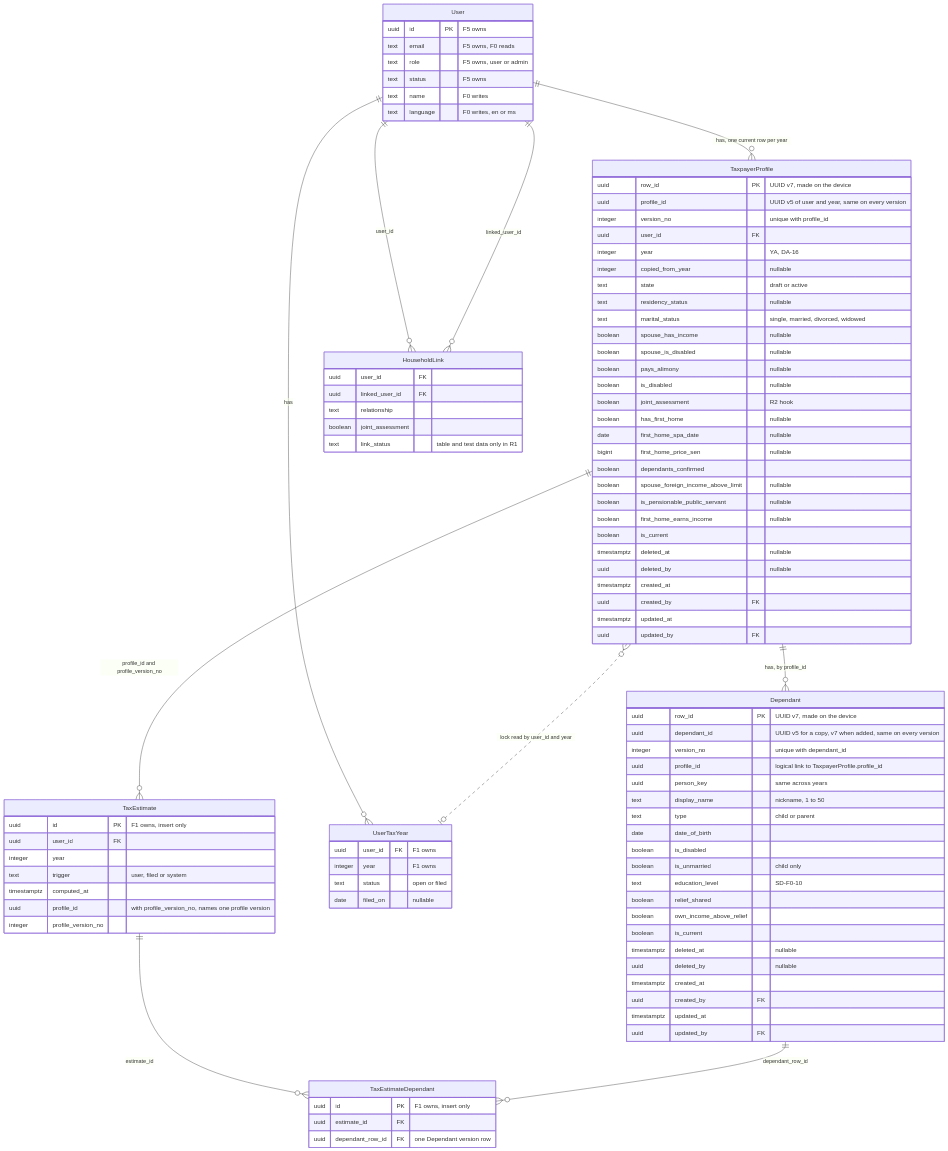
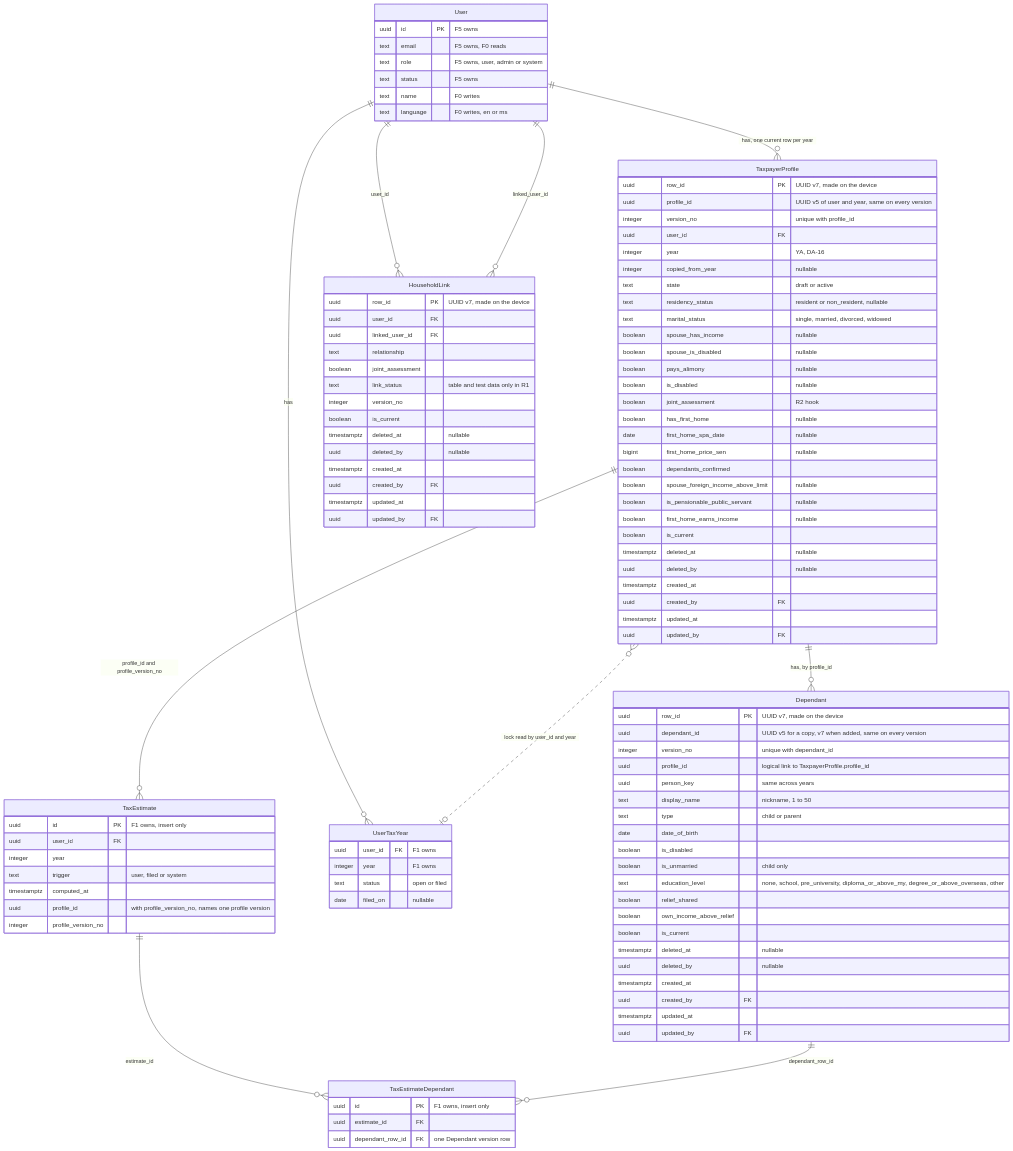
The diagram in docs/data/phase-1_R1/F0_User_Profile/erd_f0.mmd (Juthyra/Tax-Relief-Manager-TRM-), drawn with Mermaid before and after one commit. The commit also changed 19 other files, not shown here.

Commit message:
docs(CHG-071): decide the open items of F-086, F0 0.13, F5 0.13, ERD-F0 1.1; PRD revision 54 (CHG-072, F-093, F-094, P-119)

```diff
--- a/docs/data/phase-1_R1/F0_User_Profile/erd_f0.mmd
+++ b/docs/data/phase-1_R1/F0_User_Profile/erd_f0.mmd
@@ -1,104 +1,113 @@
 erDiagram
     User ||--o{ TaxpayerProfile : "has, one current row per year"
     TaxpayerProfile ||--o{ Dependant : "has, by profile_id"
     User ||--o{ HouseholdLink : "user_id"
     User ||--o{ HouseholdLink : "linked_user_id"
     User ||--o{ UserTaxYear : "has"
     TaxpayerProfile }o..o| UserTaxYear : "lock read by user_id and year"
     TaxpayerProfile ||--o{ TaxEstimate : "profile_id and profile_version_no"
     TaxEstimate ||--o{ TaxEstimateDependant : "estimate_id"
     Dependant ||--o{ TaxEstimateDependant : "dependant_row_id"
 
     User {
         uuid id PK "F5 owns"
         text email "F5 owns, F0 reads"
-        text role "F5 owns, user or admin"
+        text role "F5 owns, user, admin or system"
         text status "F5 owns"
         text name "F0 writes"
         text language "F0 writes, en or ms"
     }
 
     TaxpayerProfile {
         uuid row_id PK "UUID v7, made on the device"
         uuid profile_id "UUID v5 of user and year, same on every version"
         integer version_no "unique with profile_id"
         uuid user_id FK
         integer year "YA, DA-16"
         integer copied_from_year "nullable"
         text state "draft or active"
-        text residency_status "nullable"
+        text residency_status "resident or non_resident, nullable"
         text marital_status "single, married, divorced, widowed"
         boolean spouse_has_income "nullable"
         boolean spouse_is_disabled "nullable"
         boolean pays_alimony "nullable"
         boolean is_disabled "nullable"
         boolean joint_assessment "R2 hook"
         boolean has_first_home "nullable"
         date first_home_spa_date "nullable"
         bigint first_home_price_sen "nullable"
         boolean dependants_confirmed
         boolean spouse_foreign_income_above_limit "nullable"
         boolean is_pensionable_public_servant "nullable"
         boolean first_home_earns_income "nullable"
         boolean is_current
         timestamptz deleted_at "nullable"
         uuid deleted_by "nullable"
         timestamptz created_at
         uuid created_by FK
         timestamptz updated_at
         uuid updated_by FK
     }
 
     Dependant {
         uuid row_id PK "UUID v7, made on the device"
         uuid dependant_id "UUID v5 for a copy, v7 when added, same on every version"
         integer version_no "unique with dependant_id"
         uuid profile_id "logical link to TaxpayerProfile.profile_id"
         uuid person_key "same across years"
         text display_name "nickname, 1 to 50"
         text type "child or parent"
         date date_of_birth
         boolean is_disabled
         boolean is_unmarried "child only"
-        text education_level "SD-F0-10"
+        text education_level "none, school, pre_university, diploma_or_above_my, degree_or_above_overseas, other"
         boolean relief_shared
         boolean own_income_above_relief
         boolean is_current
         timestamptz deleted_at "nullable"
         uuid deleted_by "nullable"
         timestamptz created_at
         uuid created_by FK
         timestamptz updated_at
         uuid updated_by FK
     }
 
     HouseholdLink {
+        uuid row_id PK "UUID v7, made on the device"
         uuid user_id FK
         uuid linked_user_id FK
         text relationship
         boolean joint_assessment
         text link_status "table and test data only in R1"
+        integer version_no
+        boolean is_current
+        timestamptz deleted_at "nullable"
+        uuid deleted_by "nullable"
+        timestamptz created_at
+        uuid created_by FK
+        timestamptz updated_at
+        uuid updated_by FK
     }
 
     UserTaxYear {
         uuid user_id FK "F1 owns"
         integer year "F1 owns"
         text status "open or filed"
         date filed_on "nullable"
     }
 
     TaxEstimate {
         uuid id PK "F1 owns, insert only"
         uuid user_id FK
         integer year
         text trigger "user, filed or system"
         timestamptz computed_at
         uuid profile_id "with profile_version_no, names one profile version"
         integer profile_version_no
     }
 
     TaxEstimateDependant {
         uuid id PK "F1 owns, insert only"
         uuid estimate_id FK
         uuid dependant_row_id FK "one Dependant version row"
     }
```
